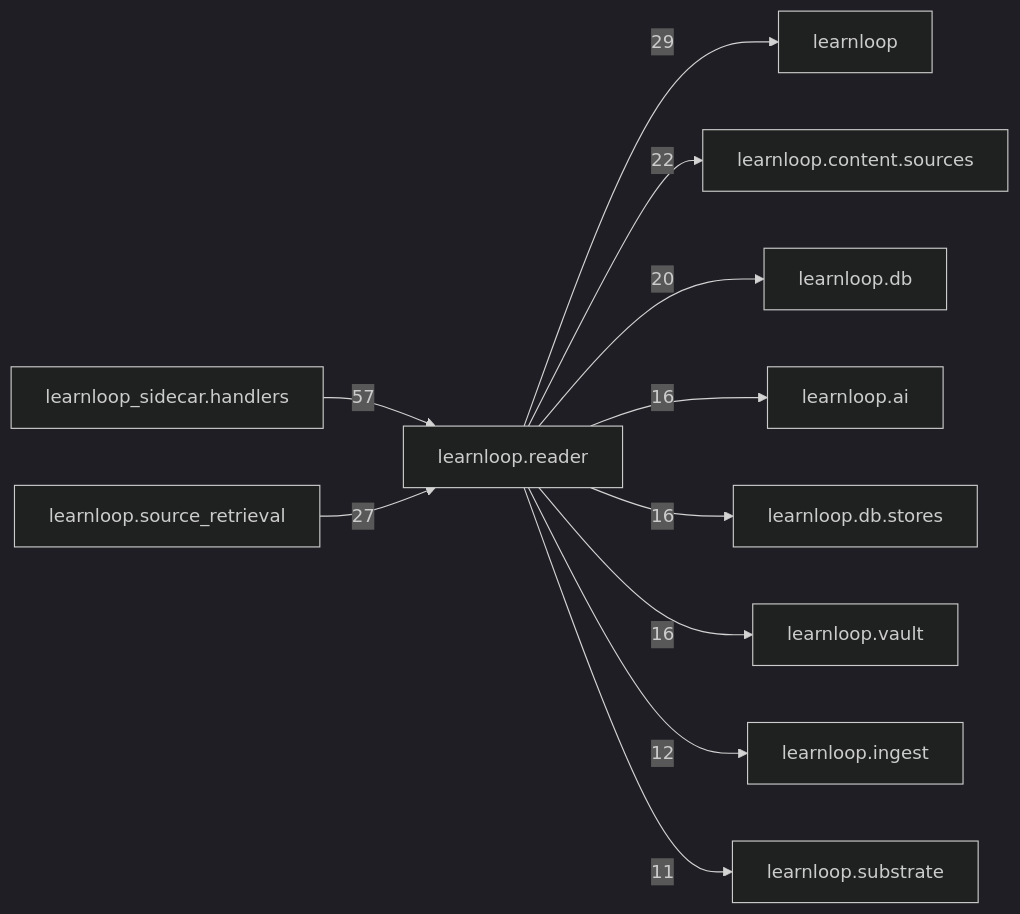
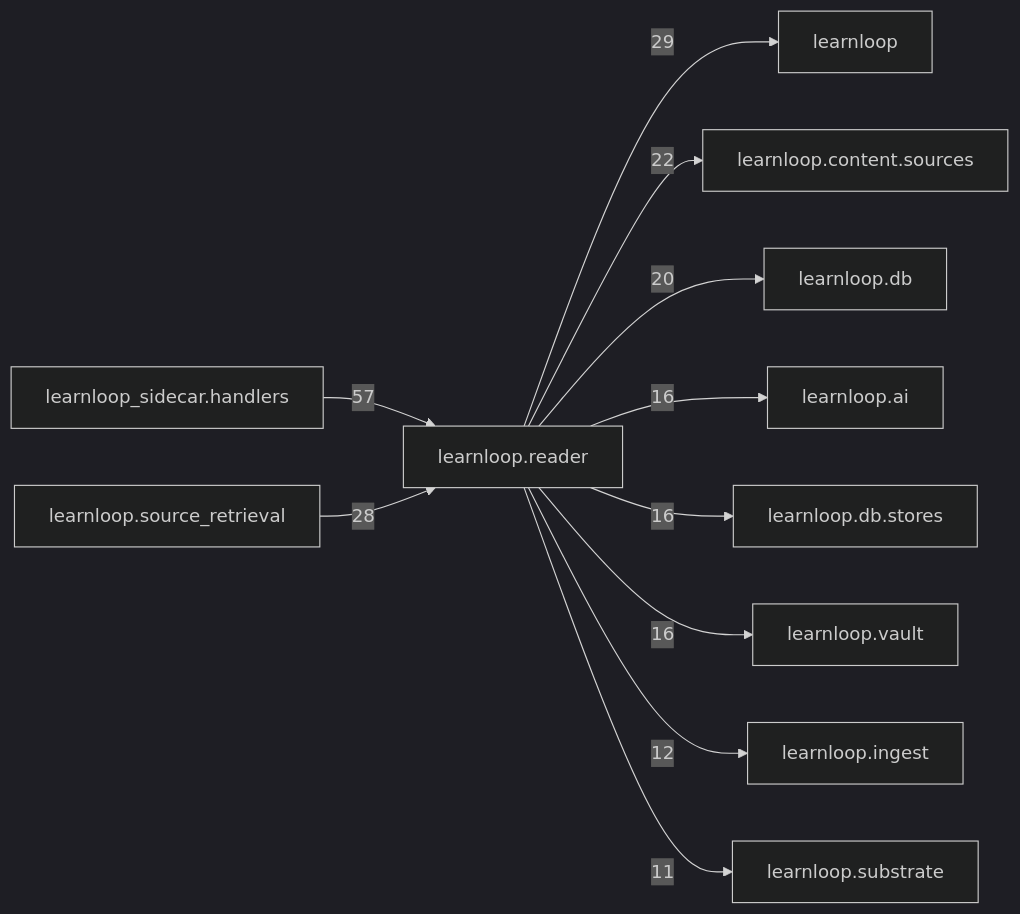
Before and after one commit to 6up-b/learnanything: the diagram in docs/learnloop-architecture-vault/Reference/Modules/learnloop/reader/_package.md, drawn with Mermaid (dark theme). The commit also changed other lines of this file and 201 other files, not shown here.

````diff
--- a/docs/learnloop-architecture-vault/Reference/Modules/learnloop/reader/_package.md
+++ b/docs/learnloop-architecture-vault/Reference/Modules/learnloop/reader/_package.md
@@ -162,24 +162,24 @@
 ```mermaid
 flowchart LR
     center["learnloop.reader"]
     n_learnloop_sidecar_handlers["learnloop_sidecar.handlers"]
     n_learnloop["learnloop"]
     n_learnloop_source_retrieval["learnloop.source_retrieval"]
     n_learnloop_content_sources["learnloop.content.sources"]
     n_learnloop_db["learnloop.db"]
     n_learnloop_ai["learnloop.ai"]
     n_learnloop_db_stores["learnloop.db.stores"]
     n_learnloop_vault["learnloop.vault"]
     n_learnloop_ingest["learnloop.ingest"]
     n_learnloop_substrate["learnloop.substrate"]
     n_learnloop_sidecar_handlers -->|57| center
     center -->|29| n_learnloop
-    n_learnloop_source_retrieval -->|27| center
+    n_learnloop_source_retrieval -->|28| center
     center -->|22| n_learnloop_content_sources
     center -->|20| n_learnloop_db
     center -->|16| n_learnloop_ai
     center -->|16| n_learnloop_db_stores
     center -->|16| n_learnloop_vault
     center -->|12| n_learnloop_ingest
     center -->|11| n_learnloop_substrate
 ```
````
